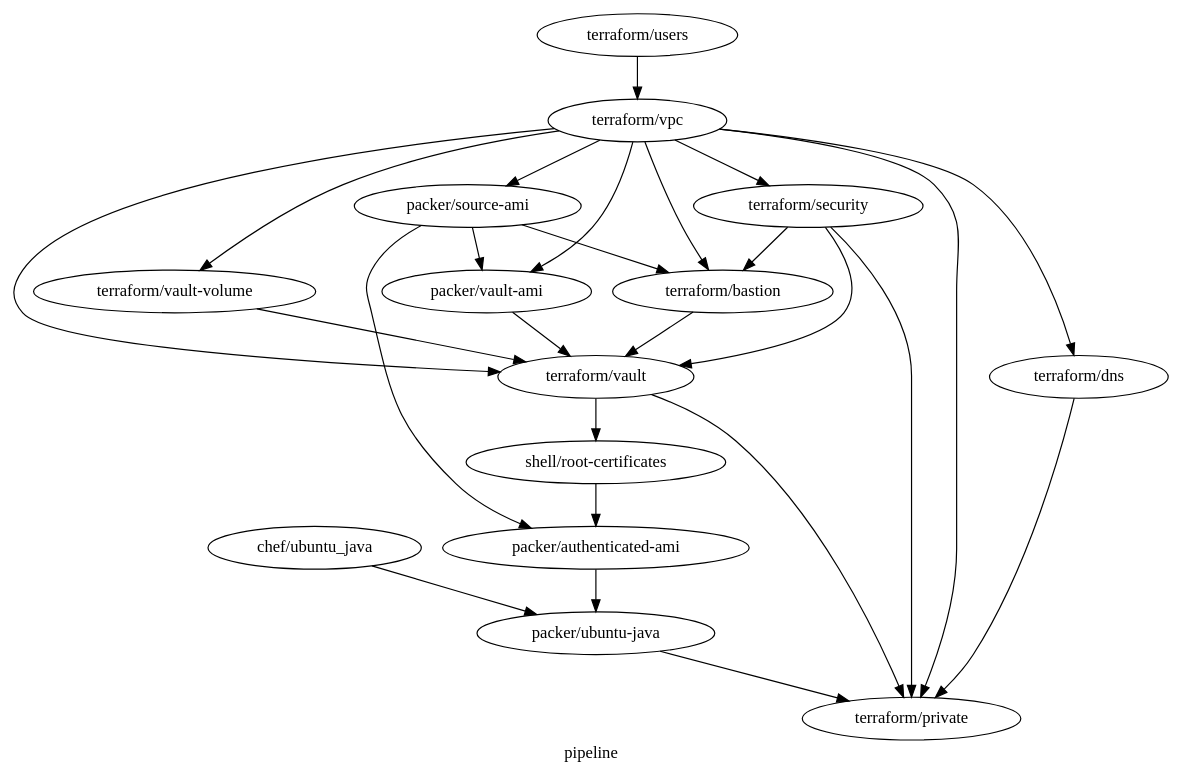
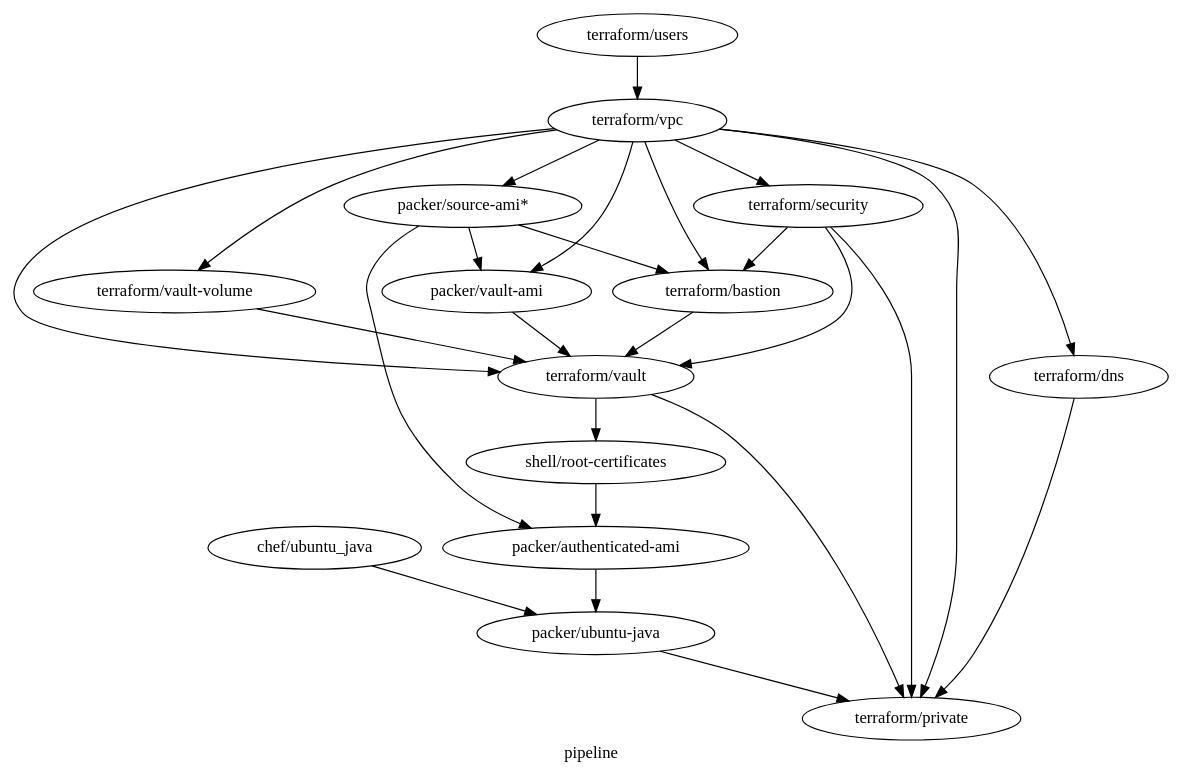
One commit to samsquire/mazzle-starter changed the diagram in architecture.dot. Above: the diagram before and after it, drawn with Graphviz.

Commit message:
defaults

```diff
--- a/architecture.dot
+++ b/architecture.dot
@@ -1,70 +1,70 @@
 digraph G {
   label="pipeline";
 
 /* List your components */  
 "chef/ubuntu_java";
-"packer/source-ami";
+"packer/source-ami*";
 "packer/ubuntu-java";
 "terraform/vpc";
 "terraform/users";
 "terraform/bastion";
  "terraform/private"; 
 /* "terraform/repository"; */
 /* "terraform/repository-volume"; */
 "packer/vault-ami";
 "terraform/vault";
 "terraform/security";
 "terraform/dns";
 "shell/root-certificates";
 "packer/authenticated-ami";
 
 /* List dependencies */
-"packer/source-ami" -> "terraform/bastion";
+"packer/source-ami*" -> "terraform/bastion";
 
 /* "terraform/vpc" -> "terraform/repository"; */
 /* "terraform/dns" -> "terraform/repository"; */
 /* "terraform/security" -> "terraform/repository"; */
 /* "terraform/repository" -> "packer/source-ami"; */
 
 "terraform/vpc" -> "terraform/dns";
  "terraform/vault" -> "terraform/private";
 /* "terraform/vpc" -> "terraform/repository-volume"; */
 /* "terraform/repository-volume" -> "terraform/repository"; */
 
 
 "terraform/vpc" -> "terraform/vault-volume";
-"terraform/vpc" -> "packer/source-ami";
+"terraform/vpc" -> "packer/source-ami*";
 
 "terraform/vpc" -> "packer/vault-ami";
 "packer/vault-ami" -> "terraform/vault";
 
 "terraform/vault-volume" -> "terraform/vault";
 
-"packer/source-ami" -> "packer/vault-ami";
+"packer/source-ami*" -> "packer/vault-ami";
 
  "terraform/dns" -> "terraform/private";
 
 "terraform/security" -> "terraform/vault"
 "terraform/vpc" -> "terraform/vault";
 
 "terraform/security" -> "terraform/bastion";
  "terraform/security" -> "terraform/private"; 
 "terraform/vpc" -> "terraform/security";
 
 "chef/ubuntu_java" -> "packer/ubuntu-java";
 "terraform/users" -> "terraform/vpc"
 
 "terraform/vpc" ->"terraform/private";
 
 "terraform/vpc" -> "terraform/bastion";
 "terraform/vault" -> "shell/root-certificates";
 "terraform/bastion" -> "terraform/vault";
 
 "shell/root-certificates" -> "packer/authenticated-ami";
 
 "packer/ubuntu-java" -> "terraform/private";
 
-"packer/source-ami" -> "packer/authenticated-ami";
+"packer/source-ami*" -> "packer/authenticated-ami";
 "packer/authenticated-ami" -> "packer/ubuntu-java";
 
 }
```
